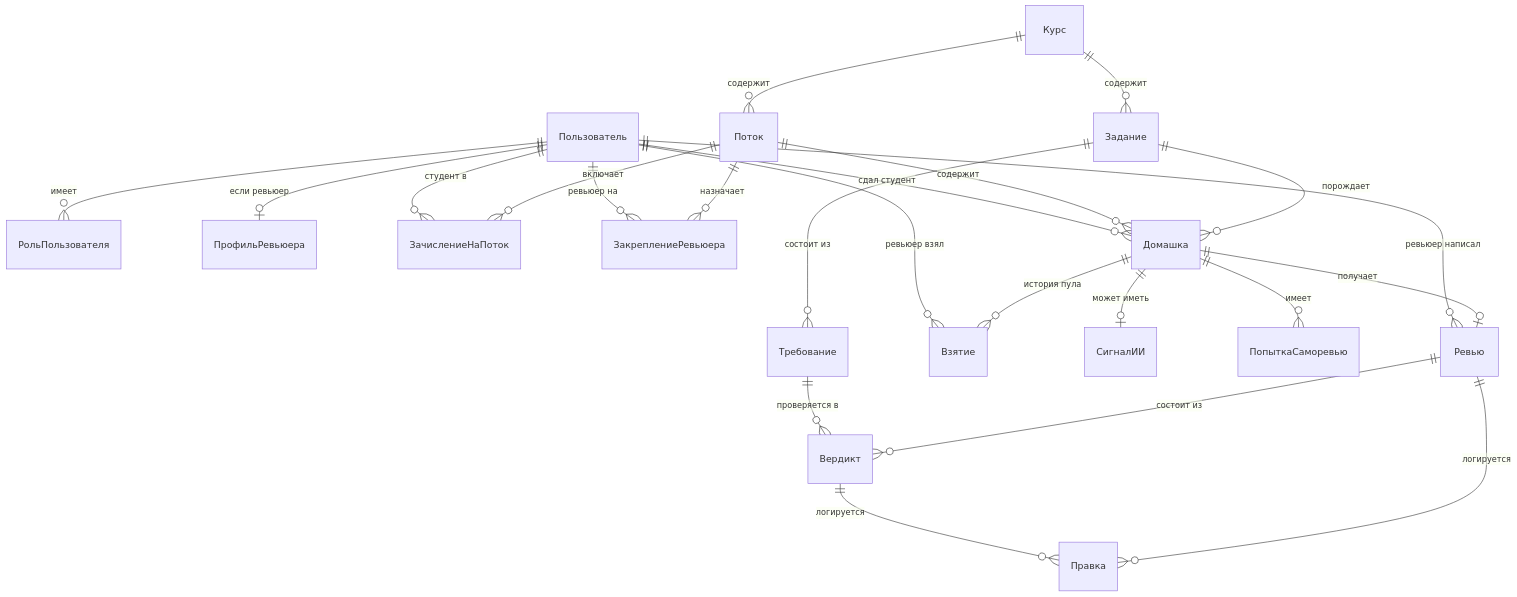
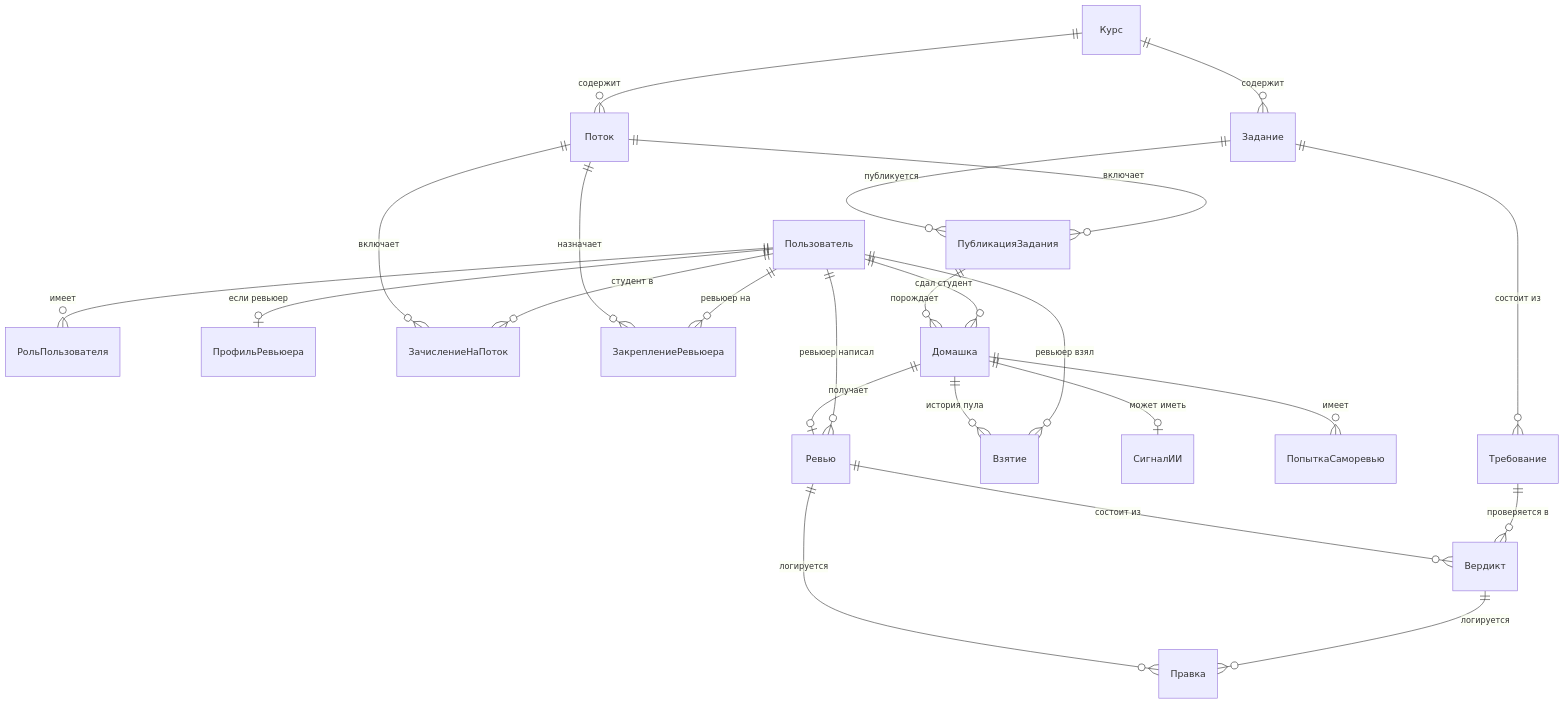
One commit to matvej-melikhov/avito-aith-hackaton changed the diagram in docs/17-entities-and-screens.md. Above: the diagram before and after it, drawn with Mermaid. The commit also changed other lines of this file and 4 other files, not shown here.

````diff
--- a/docs/17-entities-and-screens.md
+++ b/docs/17-entities-and-screens.md
@@ -36,25 +39,26 @@
 ```mermaid
 erDiagram
     Пользователь ||--o{ РольПользователя : имеет
     Пользователь ||--o| ПрофильРевьюера : "если ревьюер"
     Курс ||--o{ Задание : содержит
     Курс ||--o{ Поток : содержит
     Задание ||--o{ Требование : "состоит из"
+    Задание ||--o{ ПубликацияЗадания : публикуется
+    Поток ||--o{ ПубликацияЗадания : включает
     Поток ||--o{ ЗачислениеНаПоток : включает
     Пользователь ||--o{ ЗачислениеНаПоток : "студент в"
     Поток ||--o{ ЗакреплениеРевьюера : назначает
     Пользователь ||--o{ ЗакреплениеРевьюера : "ревьюер на"
-    Задание ||--o{ Домашка : порождает
-    Поток ||--o{ Домашка : содержит
+    ПубликацияЗадания ||--o{ Домашка : порождает
     Пользователь ||--o{ Домашка : "сдал студент"
     Домашка ||--o{ Взятие : "история пула"
     Пользователь ||--o{ Взятие : "ревьюер взял"
     Домашка ||--o| СигналИИ : "может иметь"
     Домашка ||--o{ ПопыткаСаморевью : имеет
     Домашка ||--o| Ревью : получает
     Пользователь ||--o{ Ревью : "ревьюер написал"
     Ревью ||--o{ Вердикт : "состоит из"
     Требование ||--o{ Вердикт : "проверяется в"
     Ревью ||--o{ Правка : логируется
     Вердикт ||--o{ Правка : логируется
 ```
````
